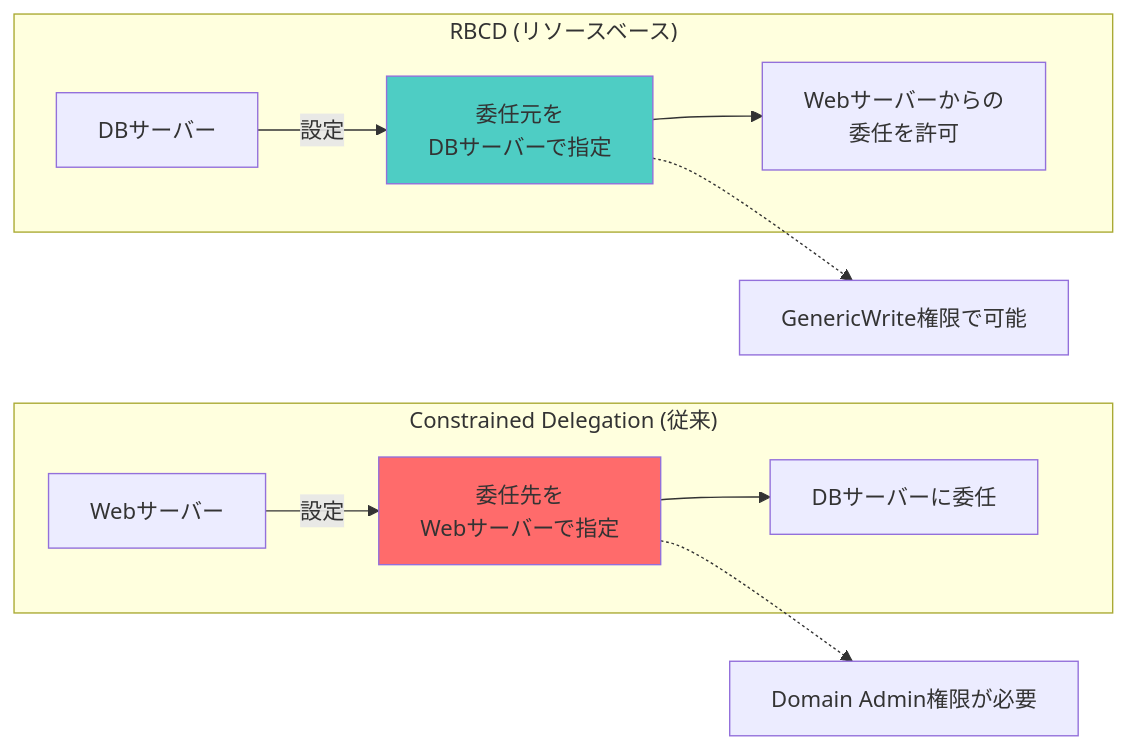
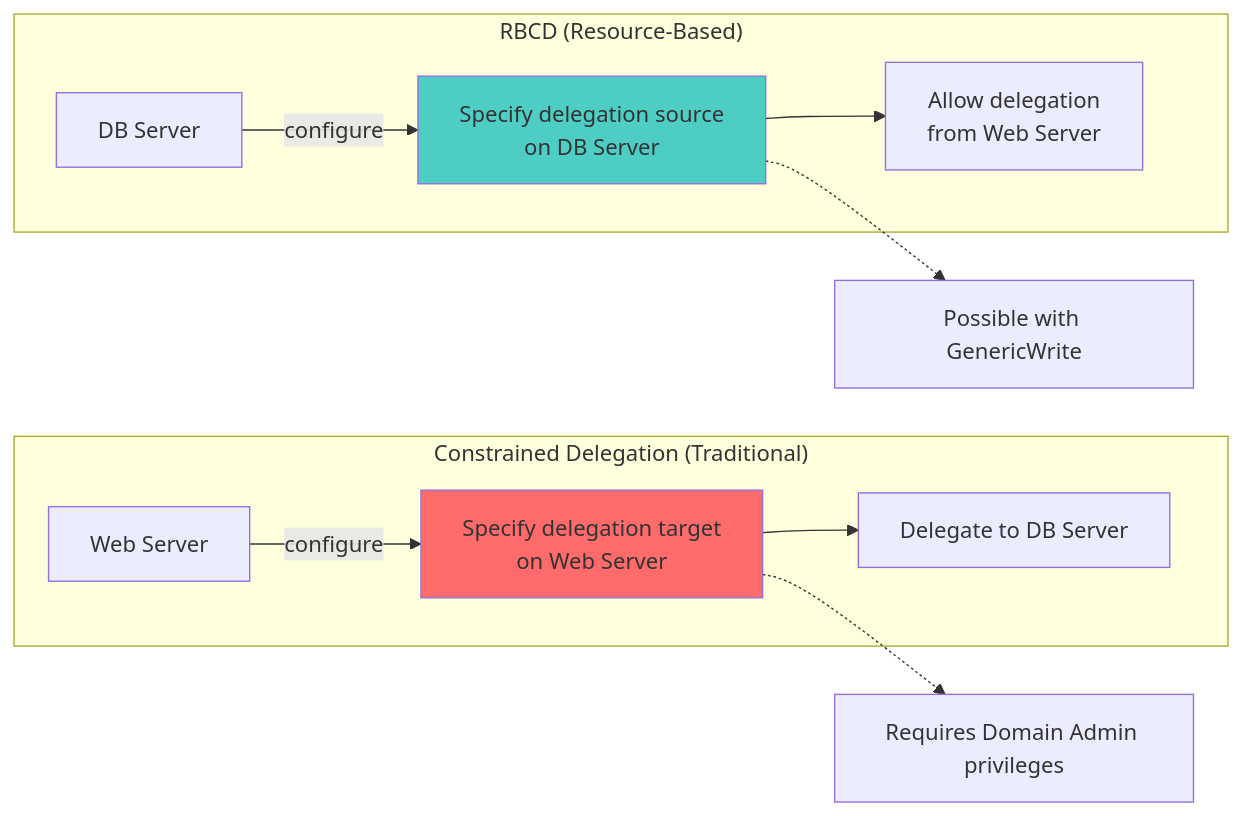
The second of 6 diagrams in _posts/2026-03-03-tech-rbcd-attack-guide.md (morimori-dev/morimori-dev.github.io), drawn with Mermaid before and after one commit. The commit also changed other lines of this file and 1 other file, not shown here.

Commit message:
Translate ADCS and RBCD tech posts to English

````diff
--- a/_posts/2026-03-03-tech-rbcd-attack-guide.md
+++ b/_posts/2026-03-03-tech-rbcd-attack-guide.md
@@ -77,21 +78,21 @@
 ```mermaid
 flowchart LR
-    subgraph "Constrained Delegation (従来)"
-        A1[Webサーバー] -->|設定| A2[委任先を<br/>Webサーバーで指定]
-        A2 --> A3[DBサーバーに委任]
+    subgraph "Constrained Delegation (Traditional)"
+        A1[Web Server] -->|configure| A2[Specify delegation target<br/>on Web Server]
+        A2 --> A3[Delegate to DB Server]
     end
-    
-    subgraph "RBCD (リソースベース)"
-        B1[DBサーバー] -->|設定| B2[委任元を<br/>DBサーバーで指定]
-        B2 --> B3[Webサーバーからの<br/>委任を許可]
+
+    subgraph "RBCD (Resource-Based)"
+        B1[DB Server] -->|configure| B2[Specify delegation source<br/>on DB Server]
+        B2 --> B3[Allow delegation<br/>from Web Server]
     end
-    
+
     style A2 fill:#ff6b6b
     style B2 fill:#4ecdc4
-    
-    Note1[Domain Admin権限が必要]
-    Note2[GenericWrite権限で可能]
-    
+
+    Note1[Requires Domain Admin privileges]
+    Note2[Possible with GenericWrite]
+
     A2 -.-> Note1
     B2 -.-> Note2
 ```
````
